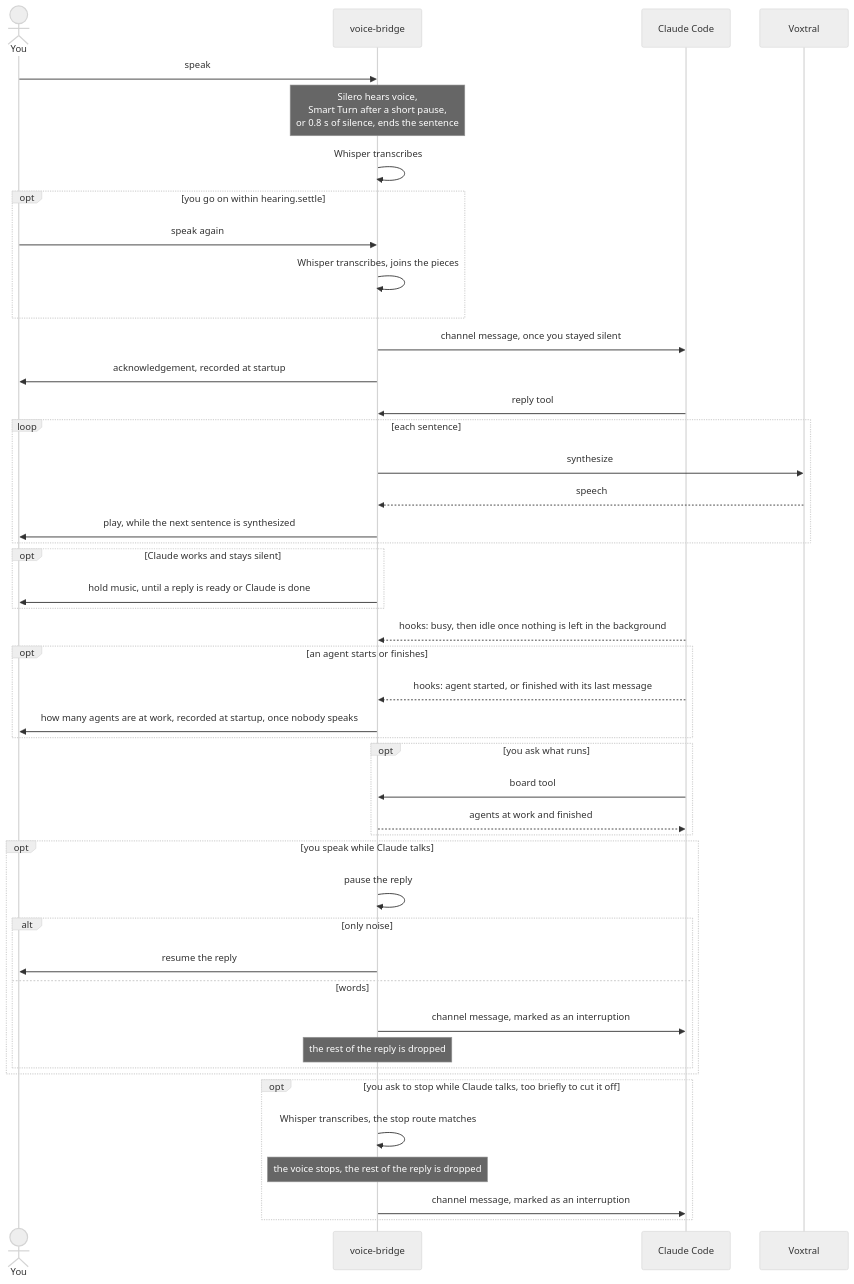
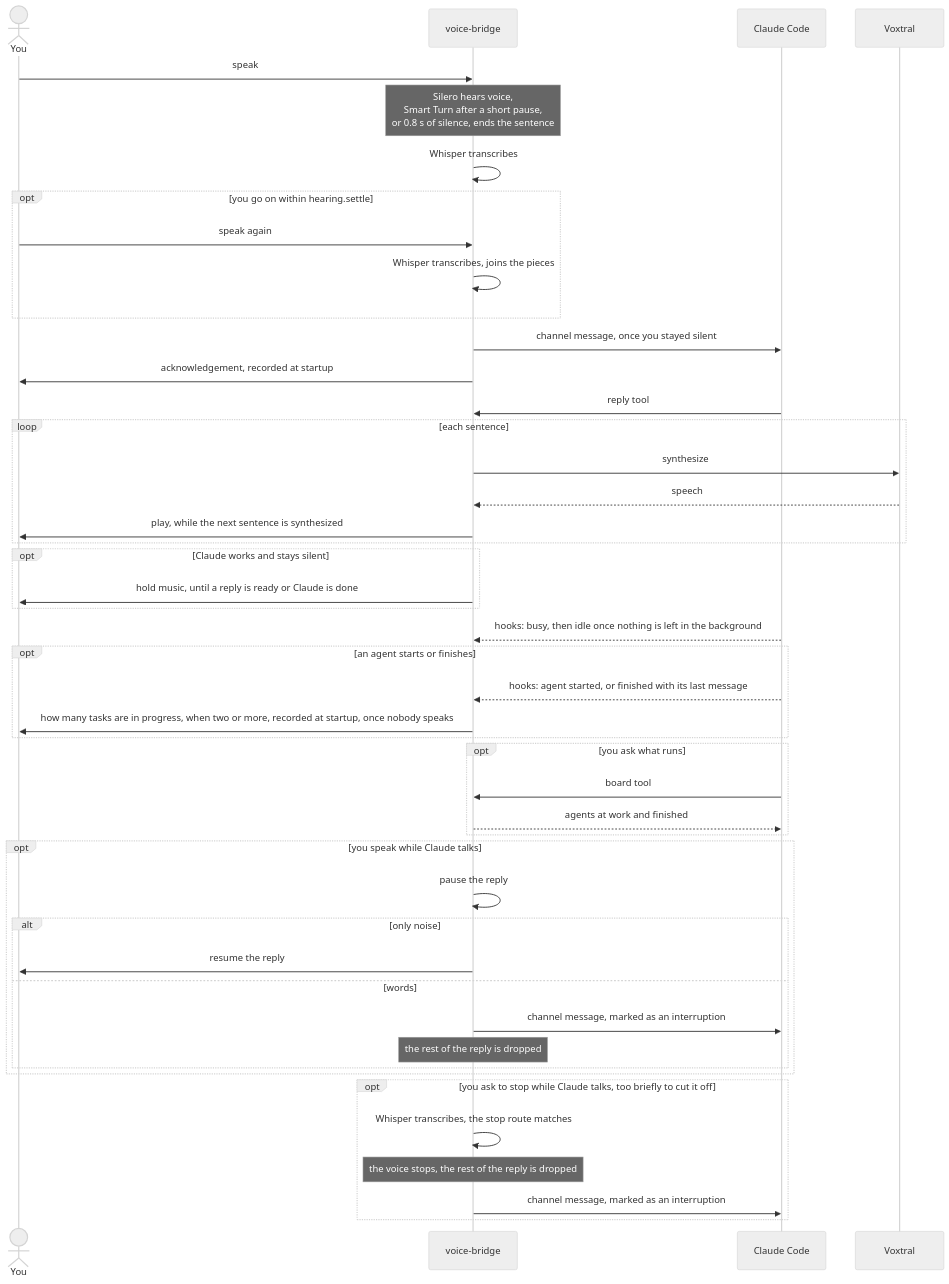
Before and after one commit to marc-gavanier/voice-bridge: the second of 3 diagrams in README.md, drawn with Mermaid (neutral theme). The commit also changed other lines of this file and 2 other files, not shown here.

First line of the commit message:
docs: record why only two or more tasks at work are announced

````diff
--- a/README.md
+++ b/README.md
@@ -49,49 +49,49 @@
 ```mermaid
 sequenceDiagram
     actor you as You
     participant bridge as voice-bridge
     participant claude as Claude Code
     participant voxtral as Voxtral
 
     you->>bridge: speak
     Note over bridge: Silero hears voice,<br/>Smart Turn after a short pause,<br/>or 0.8 s of silence, ends the sentence
     bridge->>bridge: Whisper transcribes
     opt you go on within hearing.settle
         you->>bridge: speak again
         bridge->>bridge: Whisper transcribes, joins the pieces
     end
     bridge->>claude: channel message, once you stayed silent
     bridge->>you: acknowledgement, recorded at startup
     claude->>bridge: reply tool
     loop each sentence
         bridge->>voxtral: synthesize
         voxtral-->>bridge: speech
         bridge->>you: play, while the next sentence is synthesized
     end
     opt Claude works and stays silent
         bridge->>you: hold music, until a reply is ready or Claude is done
     end
     claude-->>bridge: hooks: busy, then idle once nothing is left in the background
     opt an agent starts or finishes
         claude-->>bridge: hooks: agent started, or finished with its last message
-        bridge->>you: how many agents are at work, recorded at startup, once nobody speaks
+        bridge->>you: how many tasks are in progress, when two or more, recorded at startup, once nobody speaks
     end
     opt you ask what runs
         claude->>bridge: board tool
         bridge-->>claude: agents at work and finished
     end
     opt you speak while Claude talks
         bridge->>bridge: pause the reply
         alt only noise
             bridge->>you: resume the reply
         else words
             bridge->>claude: channel message, marked as an interruption
             Note over bridge: the rest of the reply is dropped
         end
     end
     opt you ask to stop while Claude talks, too briefly to cut it off
         bridge->>bridge: Whisper transcribes, the stop route matches
         Note over bridge: the voice stops, the rest of the reply is dropped
         bridge->>claude: channel message, marked as an interruption
     end
 ```
````
